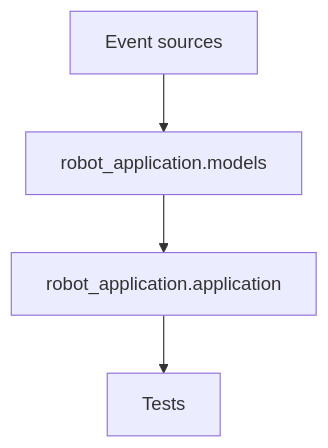
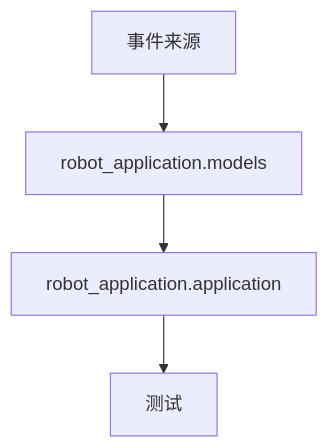
The diagram in ARCHITECTURE.md (lanmuze0314-ui/robot-ai-interview-challenges), drawn with Mermaid before and after one commit. The commit also changed other lines of this file and 2 other files, not shown here.

````diff
--- a/ARCHITECTURE.md
+++ b/ARCHITECTURE.md
@@ -5,6 +5,6 @@
 ```mermaid
 graph TD
-    A[Event sources] --> B[robot_application.models]
+    A[事件来源] --> B[robot_application.models]
     B --> C[robot_application.application]
-    C --> D[Tests]
+    C --> D[测试]
 ```
````
